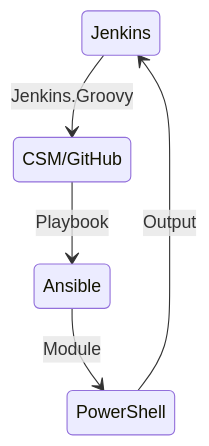
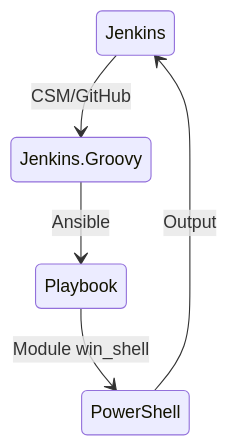
One commit to Lifailon/Deploy-PS-Module changed the diagram in README.md. Above: the diagram before and after it, drawn with Mermaid.

Commit message:
test state

````diff
--- a/README.md
+++ b/README.md
@@ -7,7 +7,7 @@
 ```mermaid
 stateDiagram-v2
-    Jenkins --> CSM/GitHub: Jenkins.Groovy
-    CSM/GitHub --> Ansible: Playbook
-    Ansible --> PowerShell: Module
+    Jenkins --> Jenkins.Groovy: CSM/GitHub
+    Jenkins.Groovy --> Playbook: Ansible
+    Playbook --> PowerShell: Module win_shell
     PowerShell --> Jenkins: Output
 ```
````
